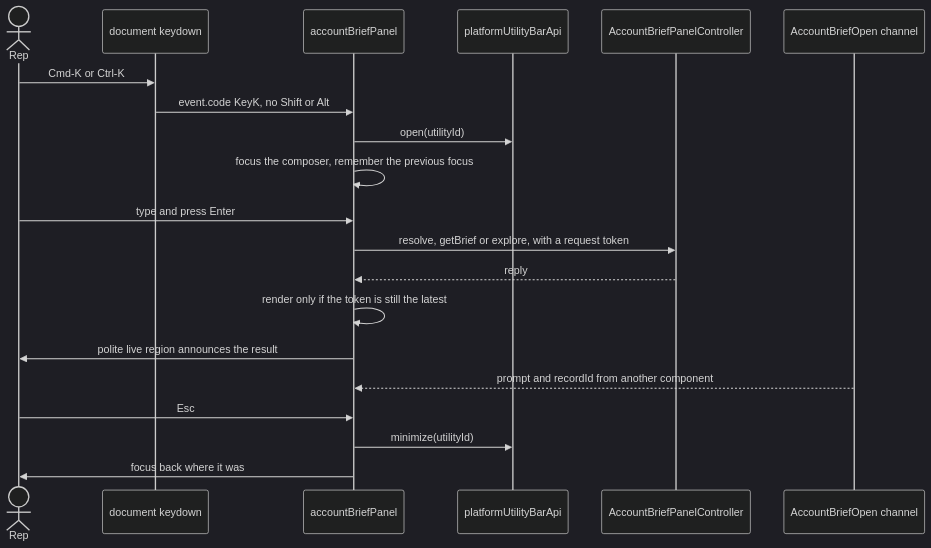
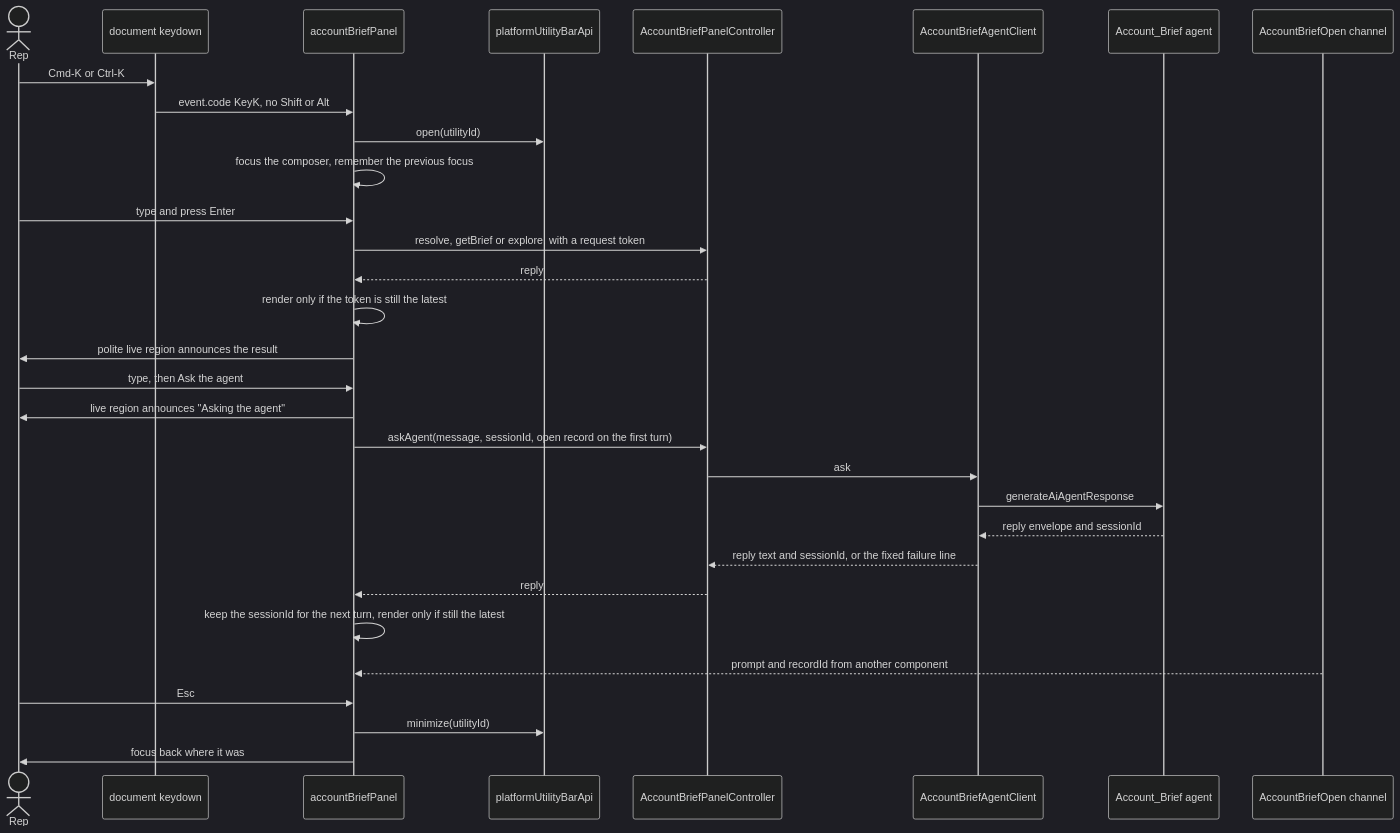
The diagram in docs/patterns/03-hotkey-panel.md (nelsben/generic-agent), drawn with Mermaid (dark theme) before and after one commit. The commit also changed other lines of this file and 11 other files, not shown here.

First line of the commit message:
BE-20: the panel's "Ask the agent" calls the Account_Brief agent directly

````diff
--- a/docs/patterns/03-hotkey-panel.md
+++ b/docs/patterns/03-hotkey-panel.md
@@ -18,22 +18,33 @@
 ```mermaid
 sequenceDiagram
     actor U as Rep
     participant DOC as document keydown
     participant P as accountBriefPanel
     participant UB as platformUtilityBarApi
     participant C as AccountBriefPanelController
+    participant AC as AccountBriefAgentClient
+    participant AG as Account_Brief agent
     participant LMS as AccountBriefOpen channel
     U->>DOC: Cmd-K or Ctrl-K
     DOC->>P: event.code KeyK, no Shift or Alt
     P->>UB: open(utilityId)
     P->>P: focus the composer, remember the previous focus
     U->>P: type and press Enter
     P->>C: resolve, getBrief or explore, with a request token
     C-->>P: reply
     P->>P: render only if the token is still the latest
     P->>U: polite live region announces the result
+    U->>P: type, then Ask the agent
+    P->>U: live region announces "Asking the agent"
+    P->>C: askAgent(message, sessionId, open record on the first turn)
+    C->>AC: ask
+    AC->>AG: generateAiAgentResponse
+    AG-->>AC: reply envelope and sessionId
+    AC-->>C: reply text and sessionId, or the fixed failure line
+    C-->>P: reply
+    P->>P: keep the sessionId for the next turn, render only if still the latest
     LMS-->>P: prompt and recordId from another component
     U->>P: Esc
     P->>UB: minimize(utilityId)
     P->>U: focus back where it was
 ```
````
